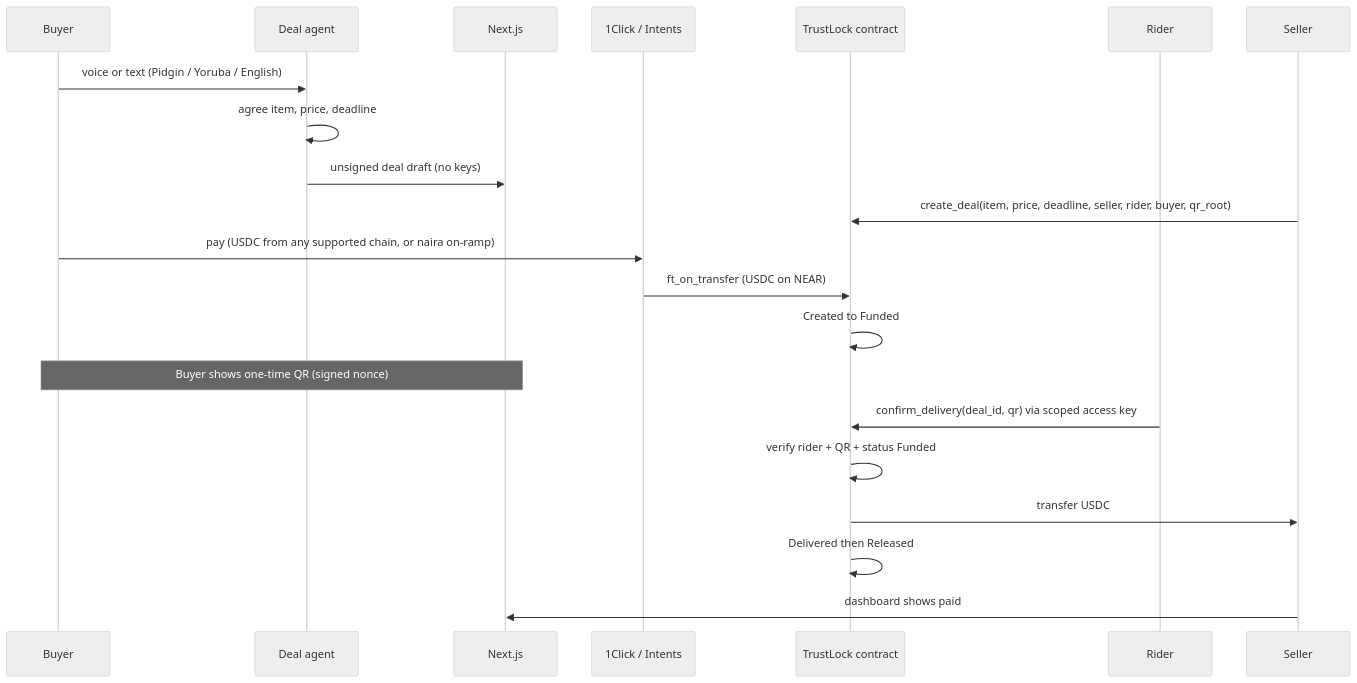
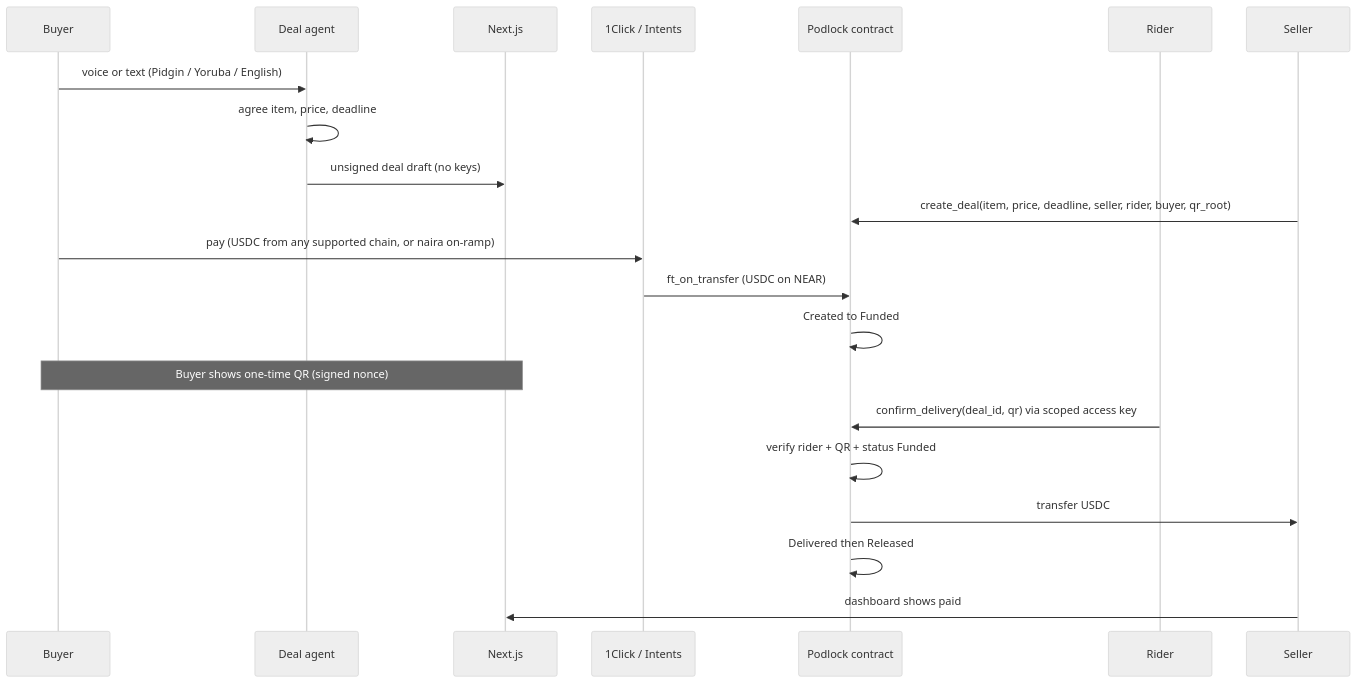
The second of 3 diagrams in docs/architecture.md (drizzy765/Trustlock), drawn with Mermaid (neutral theme) before and after one commit. The commit also changed other lines of this file and 45 other files, not shown here.

First line of the commit message:
chore: rename TrustLock to Podlock (visible branding only)

````diff
--- a/docs/architecture.md
+++ b/docs/architecture.md
@@ -36,24 +36,24 @@
 ```mermaid
 sequenceDiagram
     participant Buyer
     participant Agent as Deal agent
     participant UI as Next.js
     participant Intents as 1Click / Intents
-    participant Escrow as TrustLock contract
+    participant Escrow as Podlock contract
     participant Rider
     participant Seller
 
     Buyer->>Agent: voice or text (Pidgin / Yoruba / English)
     Agent->>Agent: agree item, price, deadline
     Agent->>UI: unsigned deal draft (no keys)
     Seller->>Escrow: create_deal(item, price, deadline, seller, rider, buyer, qr_root)
     Buyer->>Intents: pay (USDC from any supported chain, or naira on-ramp)
     Intents->>Escrow: ft_on_transfer (USDC on NEAR)
     Escrow->>Escrow: Created to Funded
     Note over Buyer,UI: Buyer shows one-time QR (signed nonce)
     Rider->>Escrow: confirm_delivery(deal_id, qr) via scoped access key
     Escrow->>Escrow: verify rider + QR + status Funded
     Escrow->>Seller: transfer USDC
     Escrow->>Escrow: Delivered then Released
     Seller->>UI: dashboard shows paid
 ```
````
